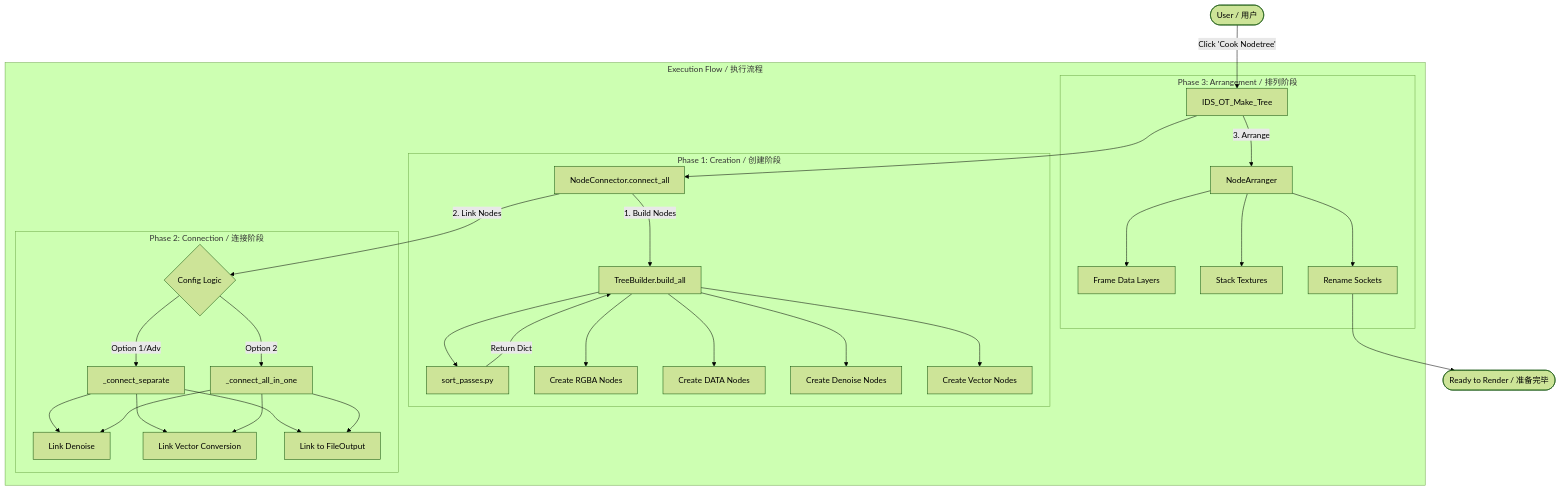
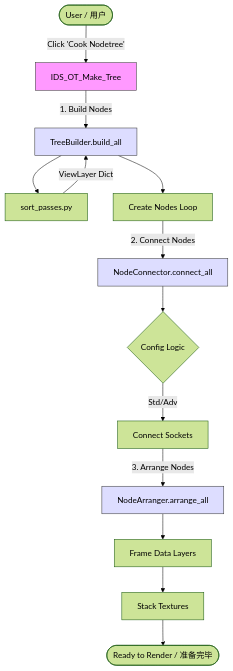
Before and after one commit to RolandVyens/Industrial-AOV-Connector: the diagram in ARCHITECTURE.md, drawn with Mermaid (forest theme). The commit also changed other lines of this file, not shown here.

````diff
--- a/ARCHITECTURE.md
+++ b/ARCHITECTURE.md
@@ -110,41 +110,27 @@
 ```mermaid
 graph TD
-    User([User / 用户]) -->|Click 'Cook Nodetree'| Operator[IDS_OT_Make_Tree]
+    User([User / 用户]) -->|Click 'Cook Nodetree'| Start[IDS_OT_Make_Tree]
     
-    subgraph Execution [Execution Flow / 执行流程]
-        Operator --> Connector[NodeConnector.connect_all]
-        
-        %% Phase 1: Creation
-        subgraph Creation [Phase 1: Creation / 创建阶段]
-            Connector -->|1. Build Nodes| Builder[TreeBuilder.build_all]
-            Builder --> Sorter[sort_passes.py]
-            Sorter -->|Return Dict| Builder
-            
-            Builder --> CreateRGBA[Create RGBA Nodes]
-            Builder --> CreateData[Create DATA Nodes]
-            Builder --> CreateDenoise[Create Denoise Nodes]
-            Builder --> CreateVector[Create Vector Nodes]
-        end
-        
-        %% Phase 2: Connection
-        subgraph Connection [Phase 2: Connection / 连接阶段]
-            Connector -->|2. Link Nodes| LinkLogic{Config Logic}
-            LinkLogic -->|Option 1/Adv| LinkSep[_connect_separate]
-            LinkLogic -->|Option 2| LinkAll[_connect_all_in_one]
-            
-            LinkSep & LinkAll --> LinkDenoise[Link Denoise]
-            LinkSep & LinkAll --> LinkVector[Link Vector Conversion]
-            LinkSep & LinkAll --> LinkOutput[Link to FileOutput]
-        end
-        
-        %% Phase 3: Arrangement
-        subgraph Arrangement [Phase 3: Arrangement / 排列阶段]
-            Operator -->|3. Arrange| Arranger[NodeArranger]
-            Arranger --> Frame[Frame Data Layers]
-            Arranger --> Stack[Stack Textures]
-            Arranger --> Rename[Rename Sockets]
-        end
-    end
+    %% 1. Creation Phase
+    Start -->|1. Build Nodes| Creator[TreeBuilder.build_all]
+    Creator --> Sorter[sort_passes.py]
+    Sorter -->|ViewLayer Dict| Creator
+    Creator --> CreateLoop[Create Nodes Loop]
     
-    Rename --> Finish([Ready to Render / 准备完毕])
+    %% 2. Connection Phase
+    CreateLoop -->|2. Connect Nodes| Connector[NodeConnector.connect_all]
+    Connector --> LinkLogic{Config Logic}
+    LinkLogic -->|Std/Adv| ConnectLinks[Connect Sockets]
+    
+    %% 3. Arrangement Phase
+    ConnectLinks -->|3. Arrange Nodes| Arranger[NodeArranger.arrange_all]
+    Arranger --> Frame[Frame Data Layers]
+    Frame --> Stack[Stack Textures]
+    
+    Stack --> Finish([Ready to Render / 准备完毕])
+
+    style Start fill:#f9f,stroke:#333
+    style Creator fill:#ddf,stroke:#333
+    style Connector fill:#ddf,stroke:#333
+    style Arranger fill:#ddf,stroke:#333
 ```
````
